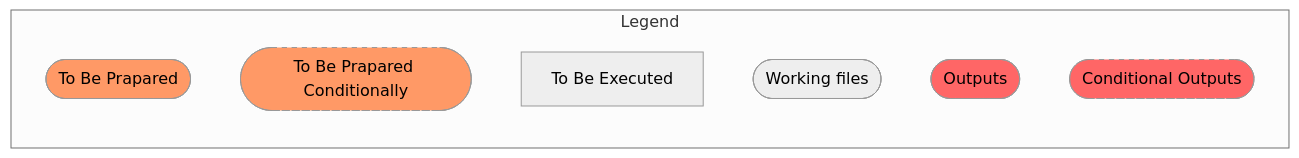
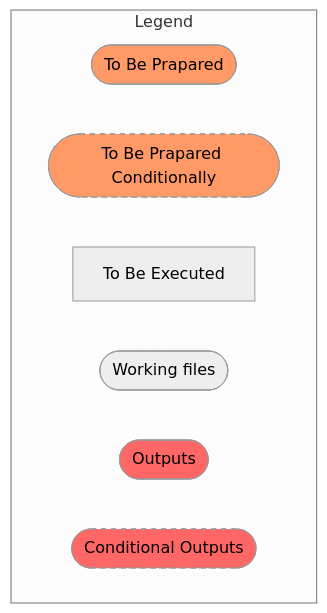
Before and after one commit to angel-marchev/case-cold-start-modeling: the first of 3 diagrams in user-manual.md, drawn with Mermaid (neutral theme).

````diff
--- a/user-manual.md
+++ b/user-manual.md
@@ -1,15 +1,15 @@
 ```mermaid
-flowchart LR;
+flowchart TD;
 subgraph legend["Legend"];
     prepared(["To Be Prapared"]);
     style prepared fill:#f96;
     prepared_cond(["To Be Prapared Conditionally"]);
     style prepared_cond fill:#f96,stroke-dasharray: 5 5;
     executed["To Be Executed"];
     working(["Working files"]);
     output(["Outputs"]);
     style output fill:#f66;
     output_cond(["Conditional Outputs"]);
     style output_cond fill:#f66,stroke-dasharray: 5 5;
 end
 ```
````
